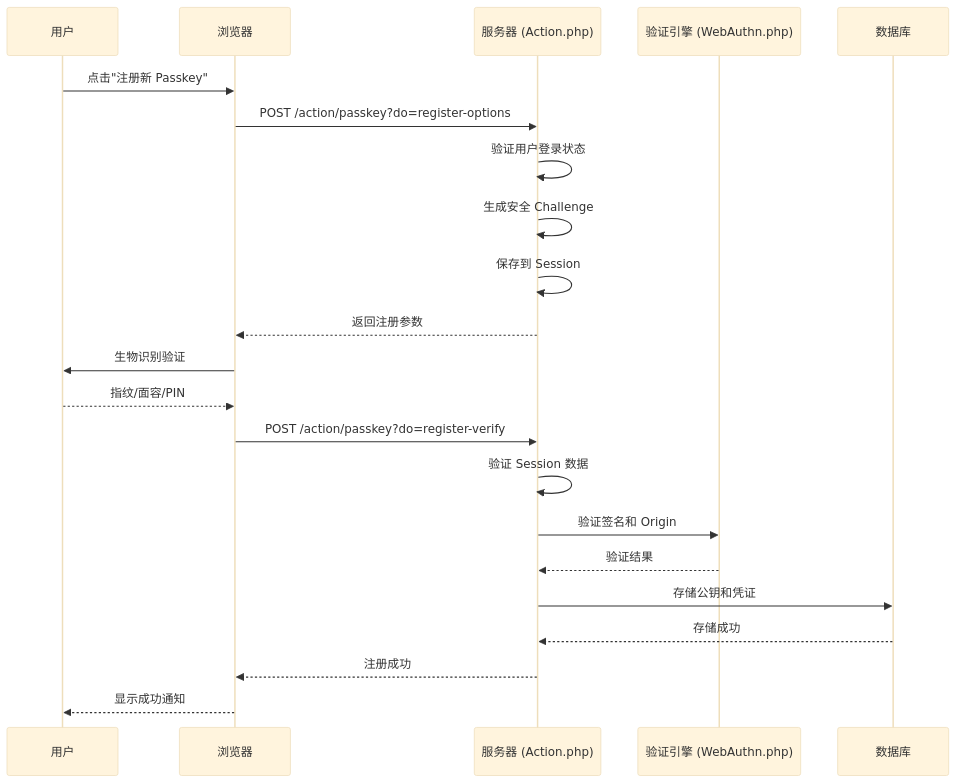
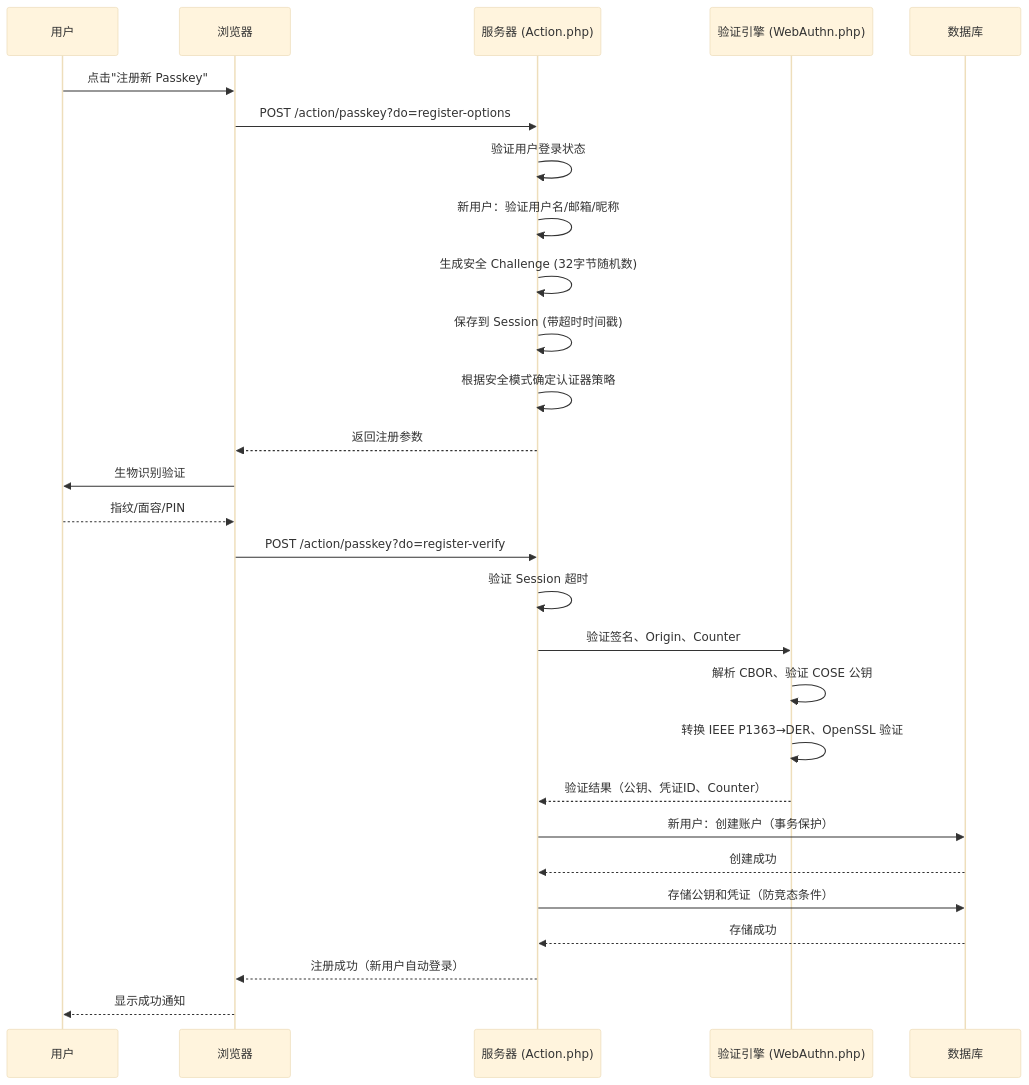
The second of 4 diagrams in README.md (little-gt/Passkey), drawn with Mermaid (base theme) before and after one commit. The commit also changed other lines of this file and 6 other files, not shown here.

````diff
--- a/README.md
+++ b/README.md
@@ -140,26 +149,32 @@
 ```mermaid
 sequenceDiagram
     participant U as 用户
     participant B as 浏览器
     participant S as 服务器 (Action.php)
     participant W as 验证引擎 (WebAuthn.php)
     participant DB as 数据库
     
     U->>B: 点击"注册新 Passkey"
     B->>S: POST /action/passkey?do=register-options
     S->>S: 验证用户登录状态
-    S->>S: 生成安全 Challenge
-    S->>S: 保存到 Session
+    S->>S: 新用户：验证用户名/邮箱/昵称
+    S->>S: 生成安全 Challenge (32字节随机数)
+    S->>S: 保存到 Session (带超时时间戳)
+    S->>S: 根据安全模式确定认证器策略
     S-->>B: 返回注册参数
     
     B->>U: 生物识别验证
     U-->>B: 指纹/面容/PIN
     B->>S: POST /action/passkey?do=register-verify
-    S->>S: 验证 Session 数据
-    S->>W: 验证签名和 Origin
-    W-->>S: 验证结果
-    S->>DB: 存储公钥和凭证
+    S->>S: 验证 Session 超时
+    S->>W: 验证签名、Origin、Counter
+    W->>W: 解析 CBOR、验证 COSE 公钥
+    W->>W: 转换 IEEE P1363→DER、OpenSSL 验证
+    W-->>S: 验证结果（公钥、凭证ID、Counter）
+    S->>DB: 新用户：创建账户（事务保护）
+    DB-->>S: 创建成功
+    S->>DB: 存储公钥和凭证（防竞态条件）
     DB-->>S: 存储成功
-    S-->>B: 注册成功
+    S-->>B: 注册成功（新用户自动登录）
     B-->>U: 显示成功通知
 ```
````
